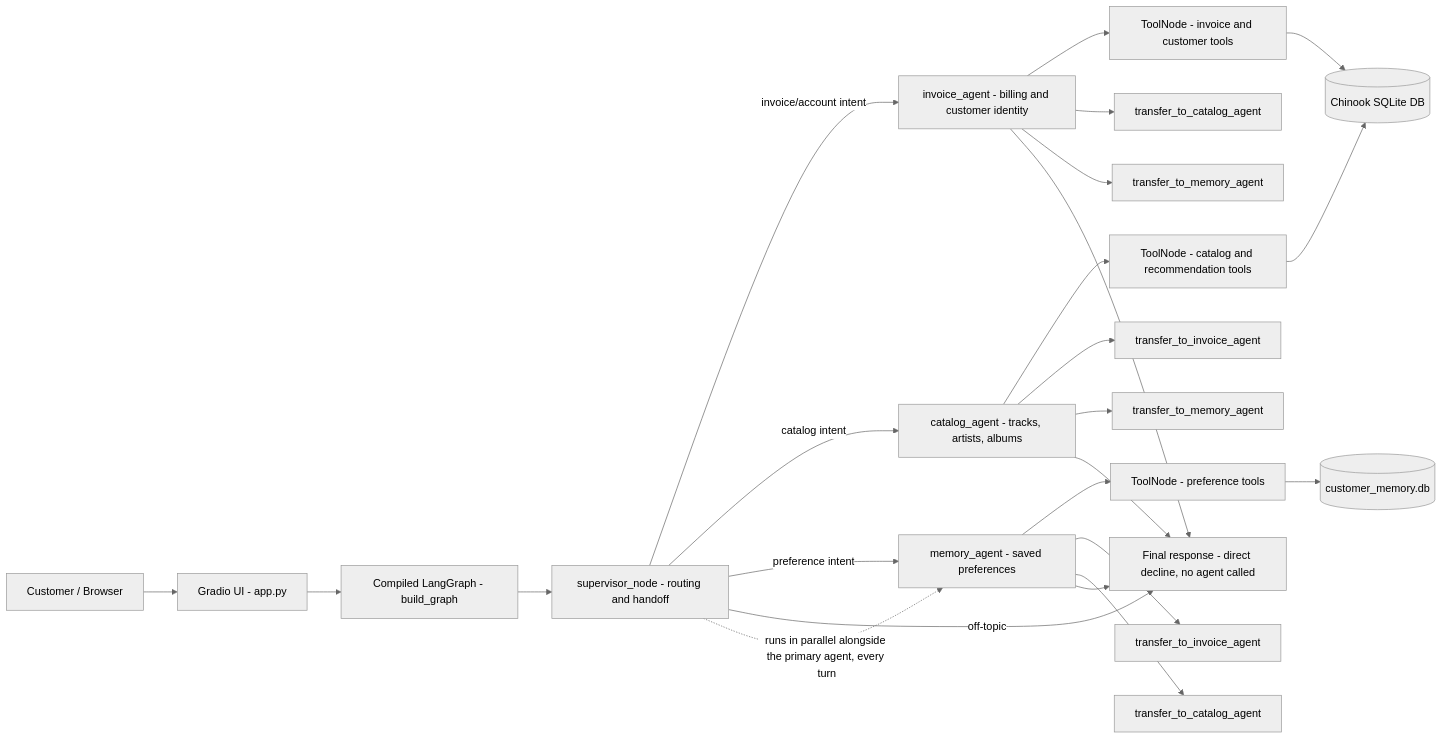
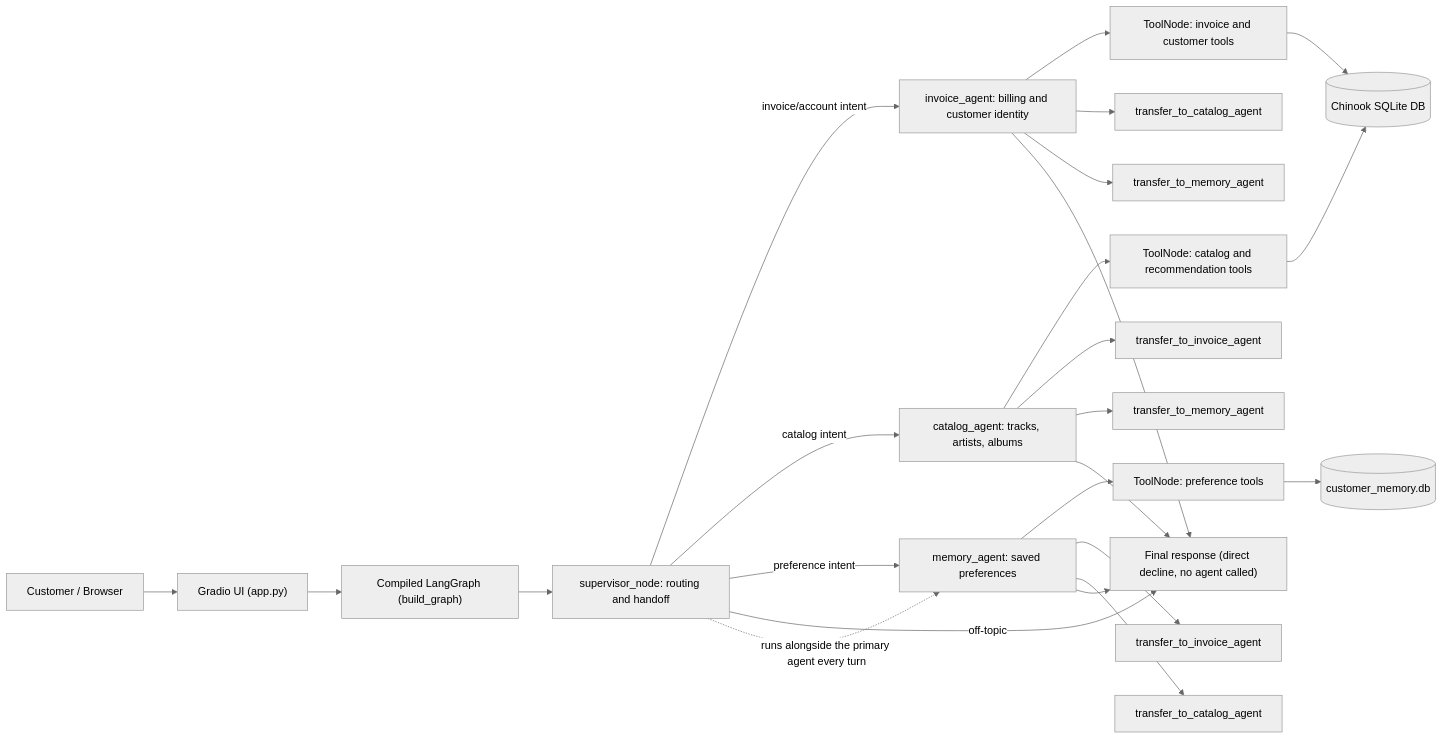
One commit to kansaram/chinook-customer-support-agent changed the first of 2 diagrams in README.md. Above: the diagram before and after it, drawn with Mermaid (neutral theme). The commit also changed other lines of this file, not shown here.

Commit message:
final ReadMe.md

````diff
--- a/README.md
+++ b/README.md
@@ -10,32 +10,32 @@
 ```mermaid
 flowchart LR
-    U[Customer / Browser] --> G[Gradio UI - app.py]
-    G --> BG[Compiled LangGraph - build_graph]
-    BG --> S[supervisor_node - routing and handoff]
+    U["Customer / Browser"] --> G["Gradio UI (app.py)"]
+    G --> BG["Compiled LangGraph (build_graph)"]
+    BG --> S["supervisor_node: routing and handoff"]
 
-    S -->|invoice/account intent| IA[invoice_agent - billing and customer identity]
-    S -->|catalog intent| CA[catalog_agent - tracks, artists, albums]
-    S -->|preference intent| MA[memory_agent - saved preferences]
-    S -->|off-topic| OUT[Final response - direct decline, no agent called]
+    S -->|invoice/account intent| IA["invoice_agent: billing and customer identity"]
+    S -->|catalog intent| CA["catalog_agent: tracks, artists, albums"]
+    S -->|preference intent| MA["memory_agent: saved preferences"]
+    S -->|off-topic| OUT["Final response (direct decline, no agent called)"]
 
-    IA --> IT[ToolNode - invoice and customer tools]
-    CA --> CT[ToolNode - catalog and recommendation tools]
-    MA --> MT[ToolNode - preference tools]
+    IA --> IT["ToolNode: invoice and customer tools"]
+    CA --> CT["ToolNode: catalog and recommendation tools"]
+    MA --> MT["ToolNode: preference tools"]
 
-    IT --> DB1[(Chinook SQLite DB)]
+    IT --> DB1[("Chinook SQLite DB")]
     CT --> DB1
-    MT --> DB2[(customer_memory.db)]
+    MT --> DB2[("customer_memory.db")]
 
-    IA --> H1[transfer_to_catalog_agent]
-    IA --> H2[transfer_to_memory_agent]
-    CA --> H3[transfer_to_invoice_agent]
-    CA --> H4[transfer_to_memory_agent]
-    MA --> H5[transfer_to_invoice_agent]
-    MA --> H6[transfer_to_catalog_agent]
+    IA --> H1["transfer_to_catalog_agent"]
+    IA --> H2["transfer_to_memory_agent"]
+    CA --> H3["transfer_to_invoice_agent"]
+    CA --> H4["transfer_to_memory_agent"]
+    MA --> H5["transfer_to_invoice_agent"]
+    MA --> H6["transfer_to_catalog_agent"]
 
     IA --> OUT
     CA --> OUT
     MA --> OUT
 
-    S -. runs in parallel alongside the primary agent, every turn .-> MA
+    S -. "runs alongside the primary agent every turn" .-> MA
 ```
````
